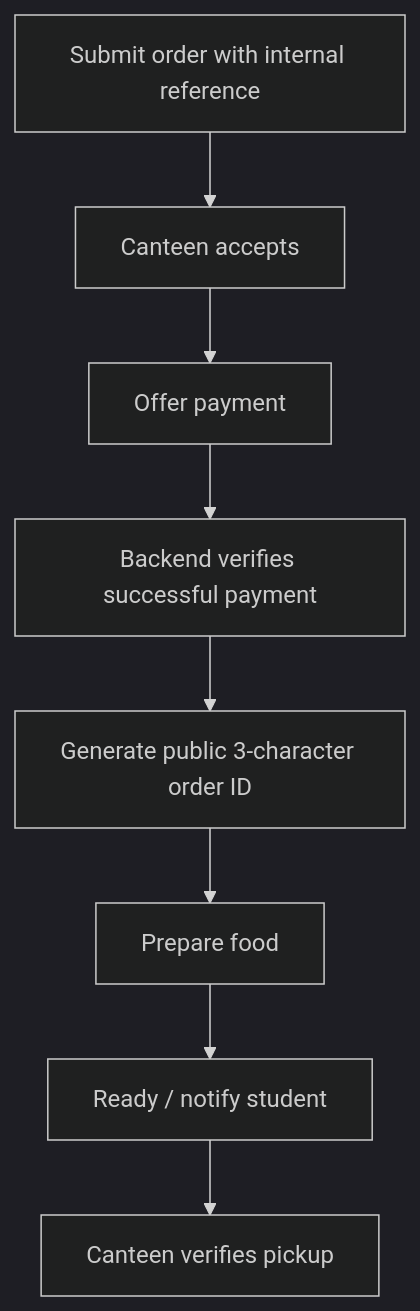
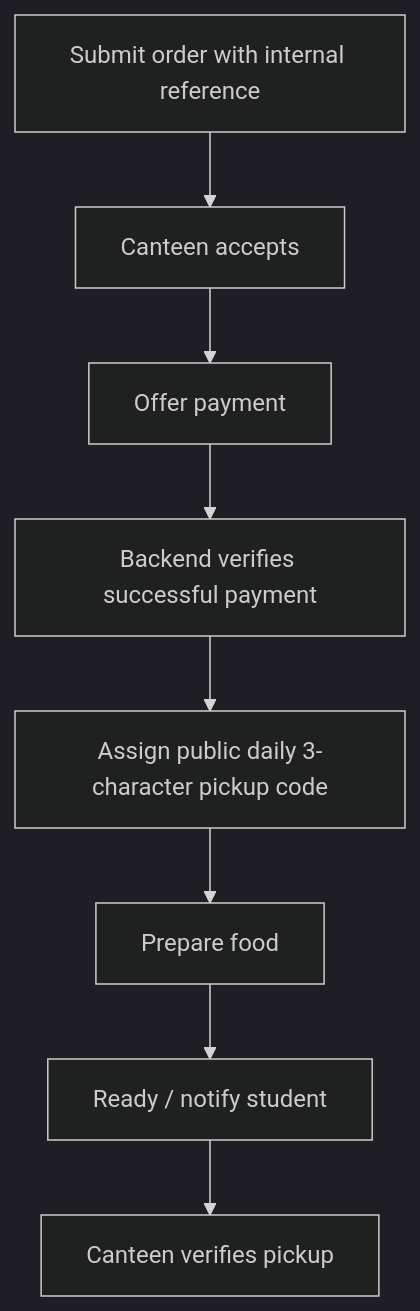
One commit to tanu15-png/Build_BV changed the third of 3 diagrams in architecture.md. Above: the diagram before and after it, drawn with Mermaid (dark theme). The commit also changed other lines of this file and 20 other files, not shown here.

````diff
--- a/architecture.md
+++ b/architecture.md
@@ -156,10 +165,10 @@
 ```mermaid
 flowchart TD
     A[Submit order with internal reference] --> B[Canteen accepts]
     B --> C[Offer payment]
     C --> D[Backend verifies successful payment]
-    D --> E[Generate public 3-character order ID]
+    D --> E[Assign public daily 3-character pickup code]
     E --> F[Prepare food]
     F --> G[Ready / notify student]
     G --> H[Canteen verifies pickup]
 ```
````
